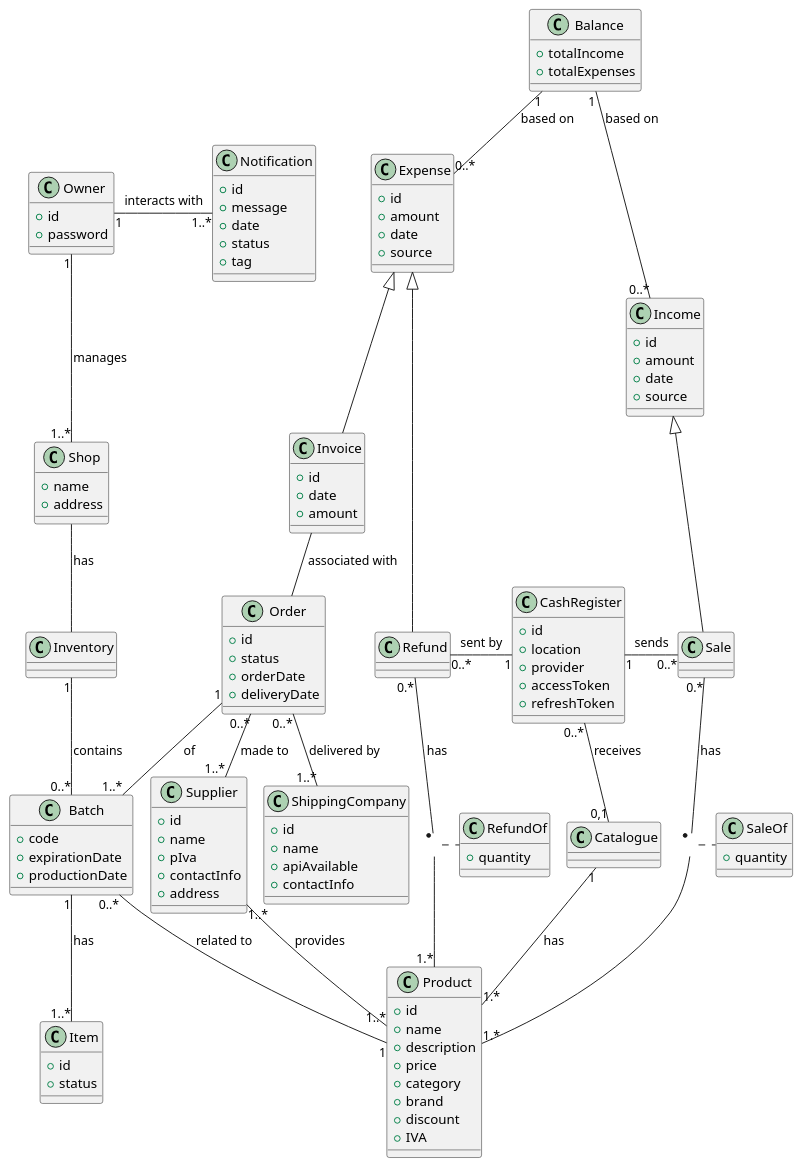
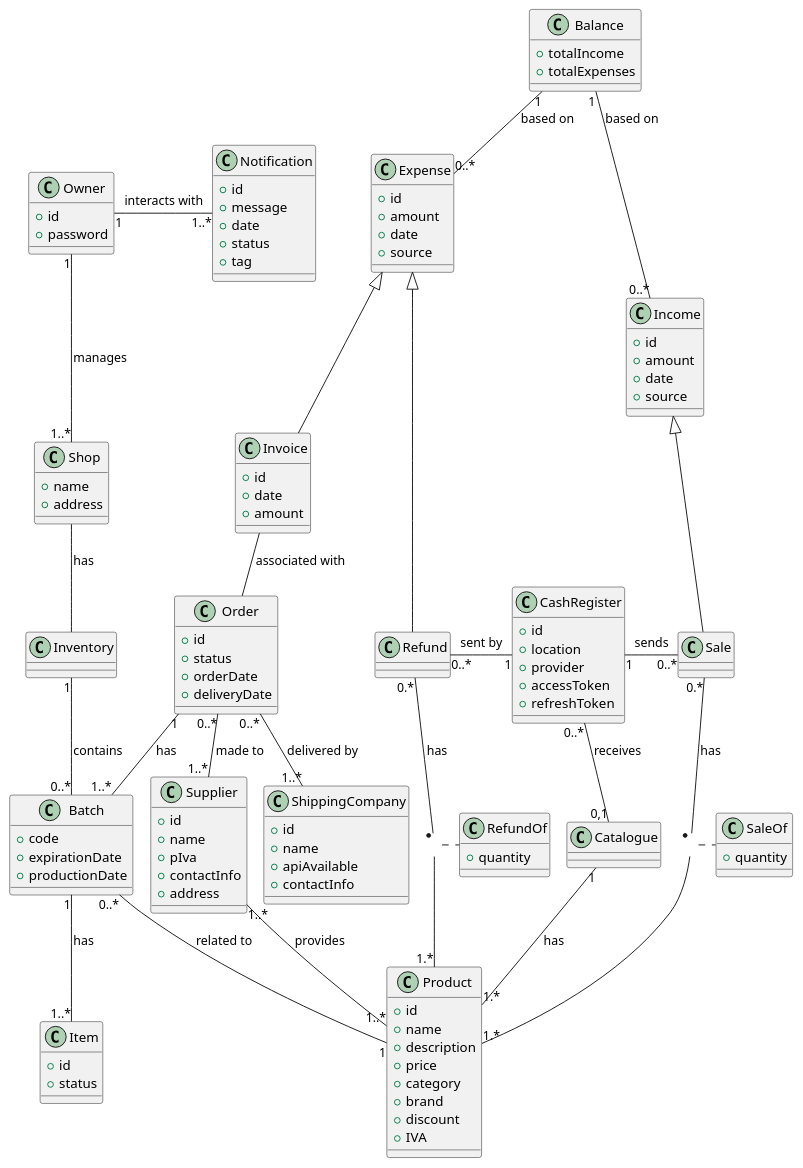
Before and after one commit to Giuseppeclv008/Project: the second of 2 diagrams in Requirements.md, drawn with PlantUML.

Commit message:
fix: relatioship order -> batch: 'has'

```diff
--- a/Requirements.md
+++ b/Requirements.md
@@ -440,7 +440,7 @@
 
 Batch "1" -- "1..*" Item: > has
 
-Order "1" -- "1..*" Batch: > of
+Order "1" -- "1..*" Batch: > has
 Order "0..*" -- "1..*" Supplier: > made to 
 Order "0..*" -- "1..*" ShippingCompany: > delivered by 
 
```
